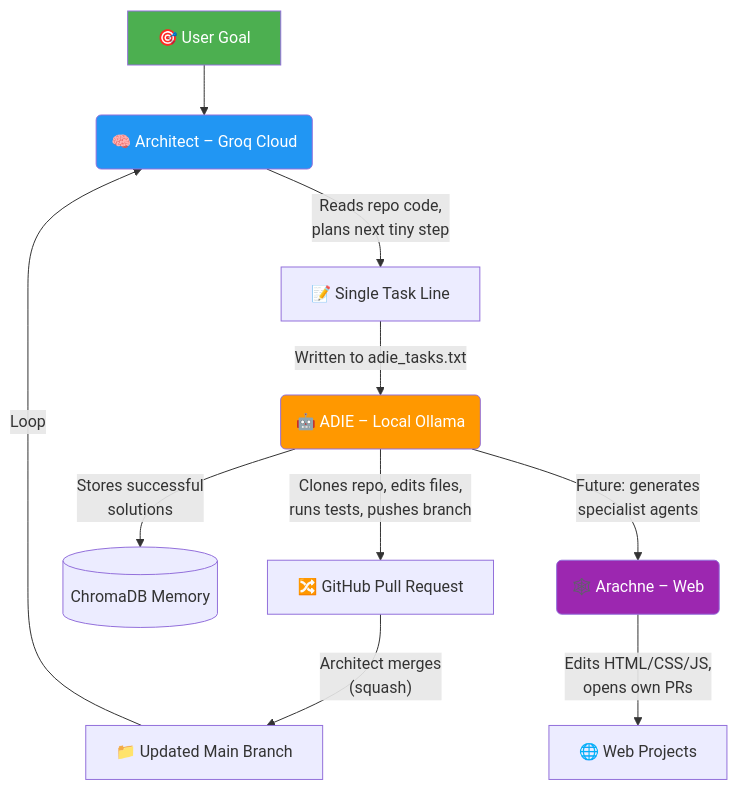
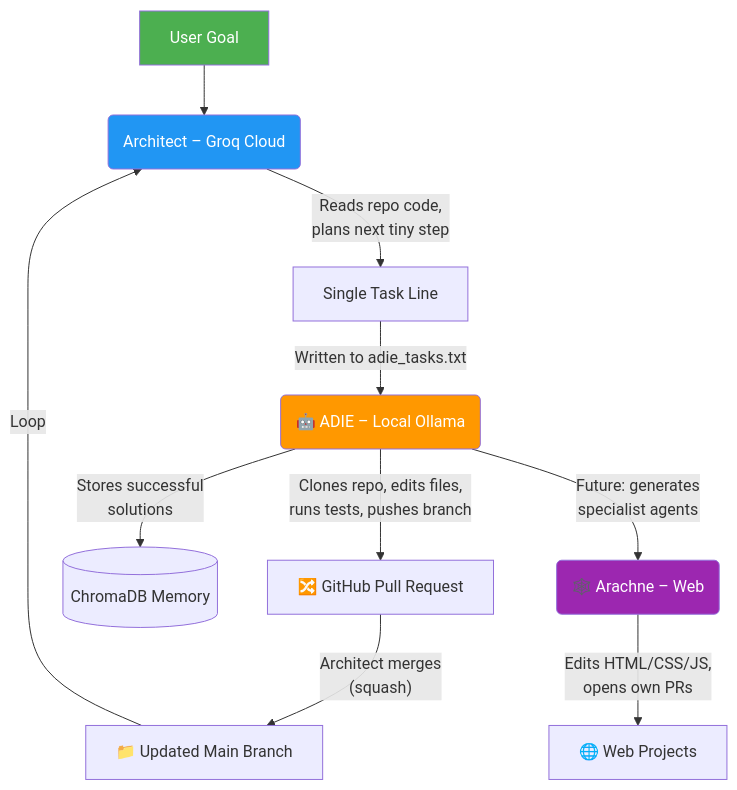
The diagram in README.md (ryan7302/ai-agent-orchestrator), drawn with Mermaid before and after one commit.

Commit message:
Refine architecture diagram in README

````diff
--- a/README.md
+++ b/README.md
@@ -15,16 +15,16 @@
 ```mermaid
 graph TD
-    A[🎯 User Goal] --> B(🧠 Architect – Groq Cloud)
-    B -->|"Reads repo code,<br/>plans next tiny step"| C[📝 Single Task Line]
+    A[User Goal] --> B(Architect – Groq Cloud)
+    B -->|"Reads repo code,<br/>plans next tiny step"| C[Single Task Line]
     C -->|Written to adie_tasks.txt| D(🤖 ADIE – Local Ollama)
     D -->|"Clones repo, edits files,<br/>runs tests, pushes branch"| E[🔀 GitHub Pull Request]
     E -->|"Architect merges<br/>(squash)"| F[📁 Updated Main Branch]
     F -->|Loop| B
     D -->|"Stores successful<br/>solutions"| G[(ChromaDB Memory)]
     D -->|"Future: generates<br/>specialist agents"| H(🕸️ Arachne – Web)
     H -->|"Edits HTML/CSS/JS,<br/>opens own PRs"| I[🌐 Web Projects]
     style A fill:#4CAF50,color:#fff
     style B fill:#2196F3,color:#fff
     style D fill:#FF9800,color:#fff
     style H fill:#9C27B0,color:#fff
 ```
````
